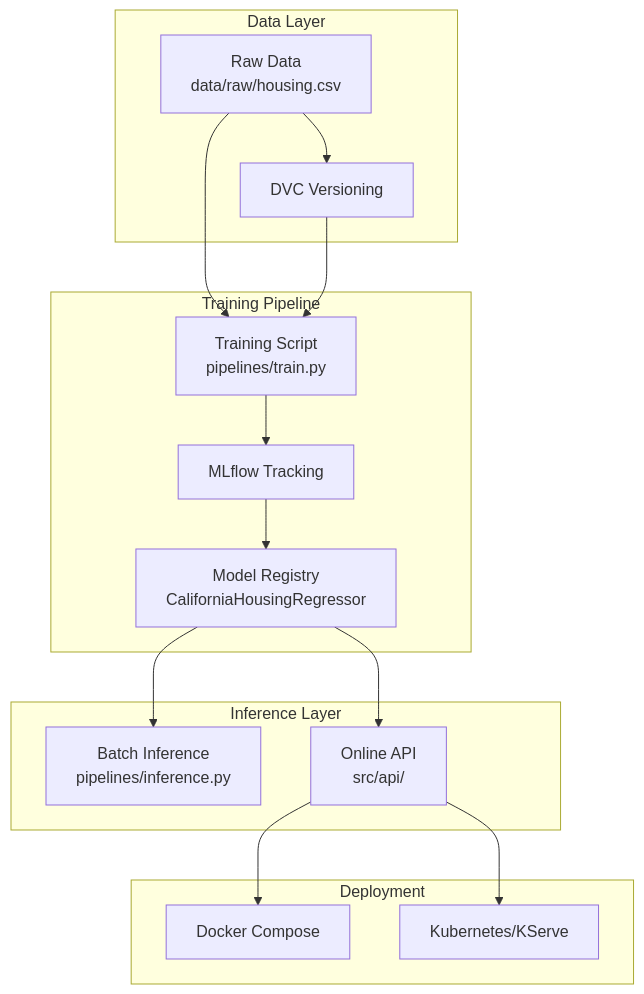
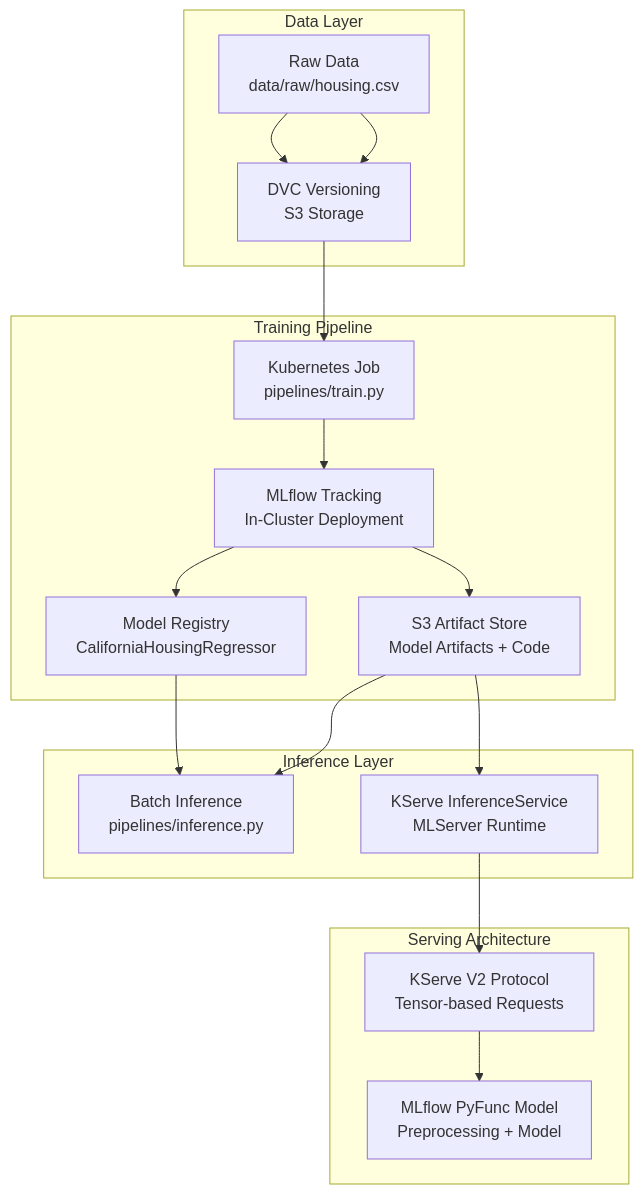
One commit to atkaridarshan04/ml-from-scratch-to-prod changed the diagram in README.md. Above: the diagram before and after it, drawn with Mermaid. The commit also changed other lines of this file and 27 other files, not shown here.

First line of the commit message:
feat: adopt k8s-native MLflow training and model based KServe serving

````diff
--- a/README.md
+++ b/README.md
@@ -51,28 +74,30 @@
 ```mermaid
 graph TB
     subgraph "Data Layer"
-        A[Raw Data<br/>data/raw/housing.csv] --> B[DVC Versioning]
+        A[Raw Data<br/>data/raw/housing.csv] --> B[DVC Versioning<br/>S3 Storage]
     end
     
     subgraph "Training Pipeline"
-        C[Training Script<br/>pipelines/train.py] --> D[MLflow Tracking]
+        C[Kubernetes Job<br/>pipelines/train.py] --> D[MLflow Tracking<br/>In-Cluster Deployment]
         D --> E[Model Registry<br/>CaliforniaHousingRegressor]
+        D --> F[S3 Artifact Store<br/>Model Artifacts + Code]
     end
     
     subgraph "Inference Layer"
-        F[Batch Inference<br/>pipelines/inference.py]
-        G[Online API<br/>src/api/]
-        E --> F
+        G[Batch Inference<br/>pipelines/inference.py]
+        H[KServe InferenceService<br/>MLServer Runtime]
+        F --> G
+        F --> H
         E --> G
     end
     
-    subgraph "Deployment"
-        H[Docker Compose]
-        I[Kubernetes/KServe]
-        G --> H
-        G --> I
+    subgraph "Serving Architecture"
+        I[KServe V2 Protocol<br/>Tensor-based Requests]
+        J[MLflow PyFunc Model<br/>Preprocessing + Model]
+        H --> I
+        I --> J
     end
     
-    A --> C
     B --> C
+    A --> B
 ```
````
